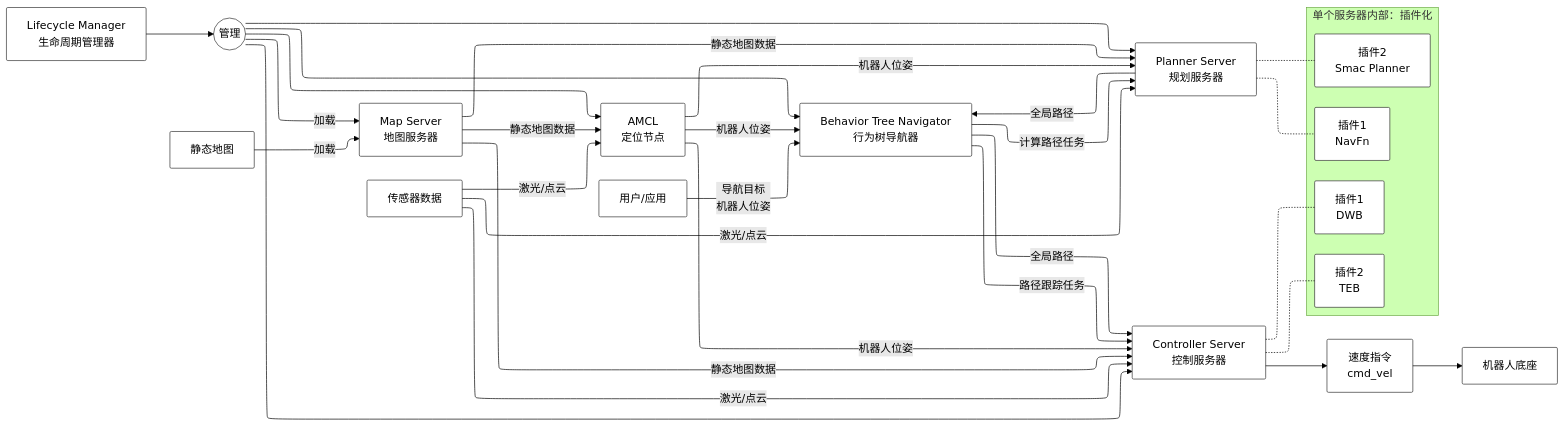
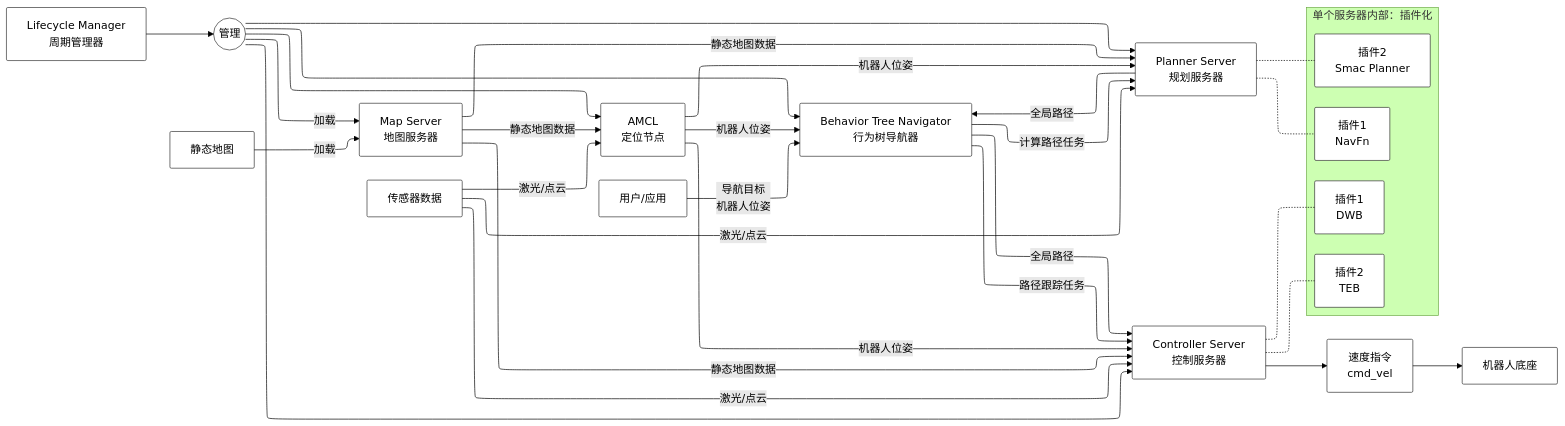
The third of 3 diagrams in _posts/2026-01-28-谈谈ROS导航.md (KwanWaiPang/KwanWaiPang.github.io), drawn with Mermaid (forest theme) before and after one commit.

Commit message:
update ros2

```diff
--- a/_posts/2026-01-28-谈谈ROS导航.md
+++ b/_posts/2026-01-28-谈谈ROS导航.md
@@ -133,41 +133,33 @@
 <div class="mermaid" style="height: 400px; display: flex; justify-content: center; width: 100%; margin: 0 auto;">
 ---
 config:
   layout: elk
 ---
 flowchart LR
-%%  subgraph Nav2System ["Nav2 系统：服务器集群"]
-    direction TB
-        MapServer["Map Server<br>地图服务器"]
-        AMCL["AMCL<br>定位节点"]
-        PlannerServer["Planner Server<br>规划服务器"]
-        ControllerServer["Controller Server<br>控制服务器"]
-        BTNavigator["Behavior Tree Navigator<br>行为树导航器"]
-%%   end
  subgraph Plugins["单个服务器内部：插件化"]
     direction LR
         P_NavFn["插件1<br>NavFn"]
         P_Smac["插件2<br>Smac Planner"]
         C_DWB["插件1<br>DWB"]
         C_TEB["插件2<br>TEB"]
   end
-    LifecycleManager["Lifecycle Manager<br>生命周期管理器"] --> ManageNode(("管理"))
-    ManageNode -- 加载 --> MapServer
-    ManageNode --> AMCL & PlannerServer & ControllerServer & BTNavigator
+    LifecycleManager["Lifecycle Manager<br>周期管理器"] --> ManageNode(("管理"))
+    ManageNode -- 加载 --> MapServer["Map Server<br>地图服务器"]
+    ManageNode --> AMCL["AMCL<br>定位节点"] & PlannerServer["Planner Server<br>规划服务器"] & ControllerServer["Controller Server<br>控制服务器"] & BTNavigator["Behavior Tree Navigator<br>行为树导航器"]
     StaticMapData["静态地图"] -- 加载 --> MapServer
     MapServer -- 静态地图数据 --> AMCL & PlannerServer & ControllerServer
     SensorData["传感器数据"] -- 激光/点云 --> AMCL & PlannerServer & ControllerServer
     AMCL -- 机器人位姿 --> PlannerServer & BTNavigator & ControllerServer
     UserApp["用户/应用"] -- 导航目标<br>机器人位姿 --> BTNavigator
     BTNavigator -- 计算路径任务 --> PlannerServer
     PlannerServer -- 全局路径 --> BTNavigator
     BTNavigator -- 路径跟踪任务 --> ControllerServer
     BTNavigator -- 全局路径 --> ControllerServer
     PlannerServer -.- P_NavFn & P_Smac
     ControllerServer -.- C_DWB & C_TEB
     ControllerServer --> CmdVel["速度指令<br>cmd_vel"]
     CmdVel --> RobotBase["机器人底座"]
 
     classDef default fill:#fff,stroke:#333,stroke-width:1px,color:#000,rx:2,ry:2
     classDef highlight fill:#fdfbe8,stroke:#d4c359,stroke-width:2px
 </div>
```
